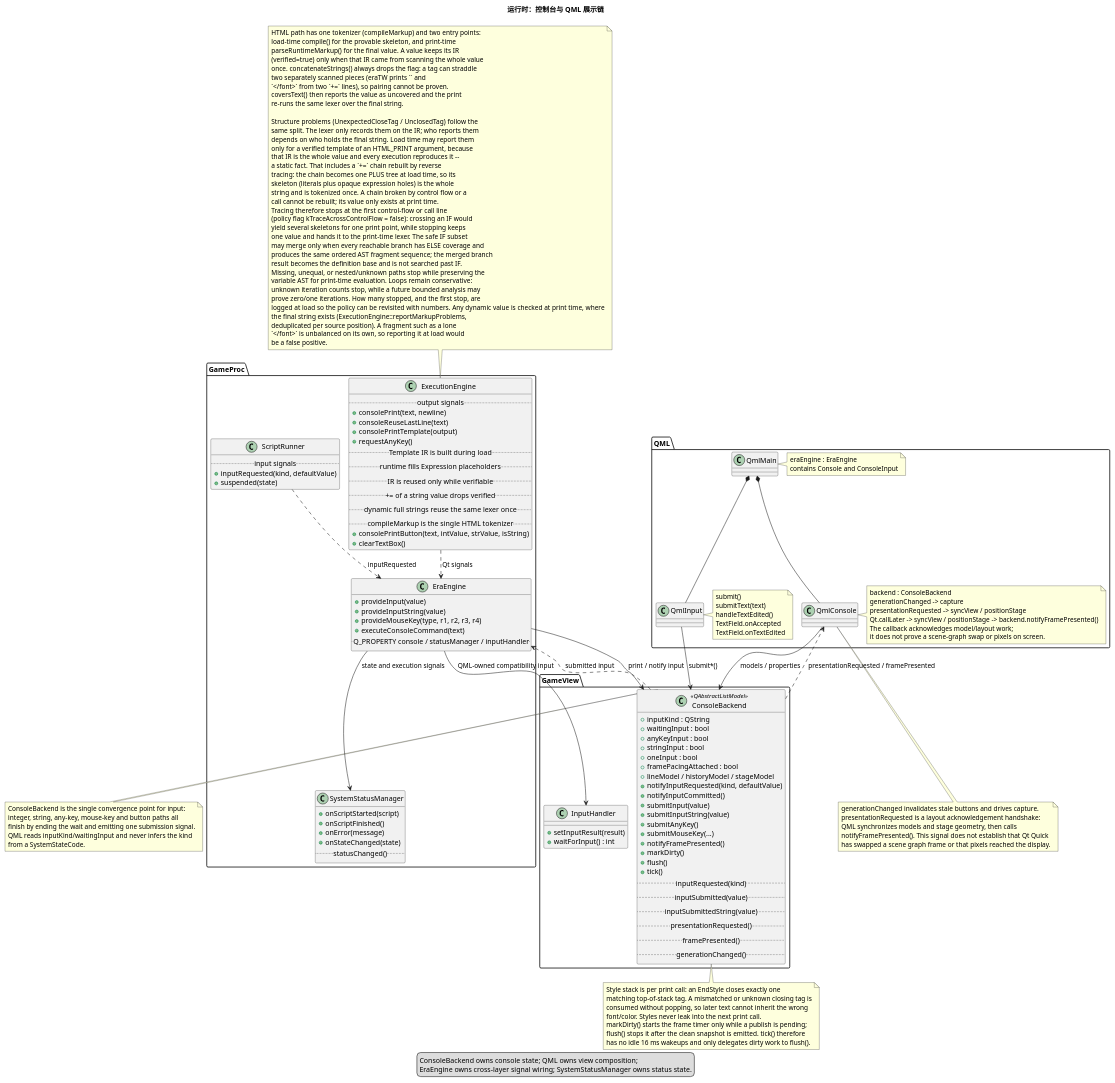
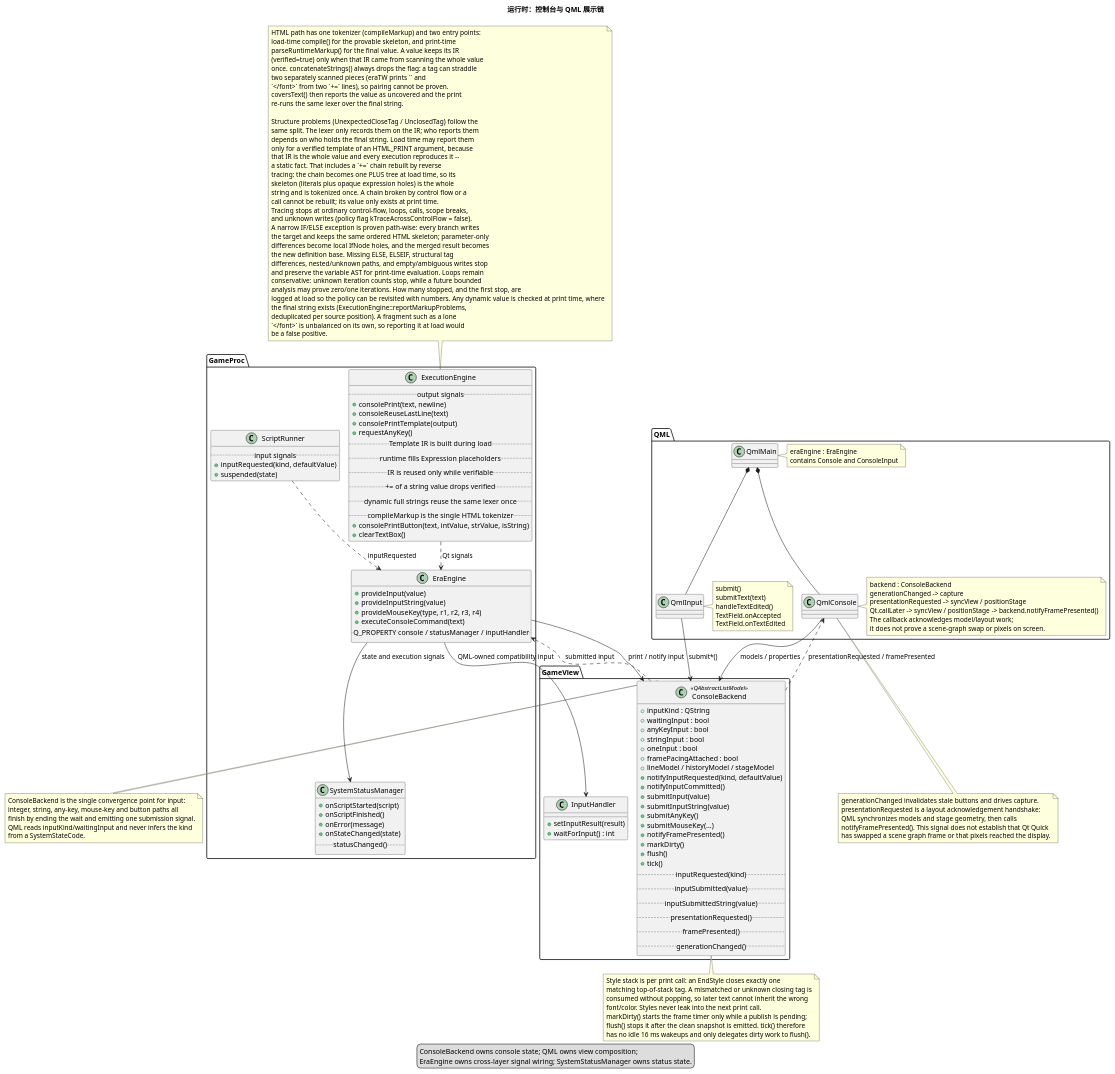
Before and after one commit to yigekuyou/qt-eraemu: the diagram in docs/uml/04-runtime-console-qml.puml, drawn with PlantUML. The commit also changed 2 other files, not shown here.

Commit message:
校正 HTML 反向追踪边界与 UML 表述
审查 b864ba0 后明确反向追踪策略：普通控制流、循环、调用、作用域断点和未知写入停止；仅安全 IF/ELSE 在所有路径写入且 HTML 骨架一致时合流，参数差异作为局部 IfNode，ELSEIF、缺少 ELSE、结构差异和嵌套路径继续运行期解析。同步 UML 04/09 的诊断计数和策略说明。验证全量 CTest 71/71。

```diff
--- a/docs/uml/04-runtime-console-qml.puml
+++ b/docs/uml/04-runtime-console-qml.puml
@@ -1,192 +1,191 @@
 @startuml 04-runtime-console-qml
 !pragma layout smetana
 ' 运行时责任 3/4：输出、输入桥接与 QML 呈现
 ' 来源：eraengine.cpp, GameProc/execution_engine.h, GameView/console_backend.h,
 '       GameView/system_status_manager.h, GameView/input_handler.h, qml/Console.qml,
 '       qml/ConsoleInput.qml
 
 title 运行时：控制台与 QML 展示链
 
 package "GameProc" {
   class ExecutionEngine {
     .. output signals ..
     + consolePrint(text, newline)
     + consoleReuseLastLine(text)
     + consolePrintTemplate(output)
     + requestAnyKey()
     .. Template IR is built during load ..
     .. runtime fills Expression placeholders ..
     .. IR is reused only while verifiable ..
     .. += of a string value drops verified ..
     .. dynamic full strings reuse the same lexer once ..
     .. compileMarkup is the single HTML tokenizer ..
     + consolePrintButton(text, intValue, strValue, isString)
     + clearTextBox()
   }
 
   class ScriptRunner {
     .. input signals ..
     + inputRequested(kind, defaultValue)
     + suspended(state)
   }
 
   class EraEngine {
     + provideInput(value)
     + provideInputString(value)
     + provideMouseKey(type, r1, r2, r3, r4)
     + executeConsoleCommand(text)
     .. Q_PROPERTY console / statusManager / inputHandler ..
   }
 
   class SystemStatusManager {
     + onScriptStarted(script)
     + onScriptFinished()
     + onError(message)
     + onStateChanged(state)
     .. statusChanged() ..
   }
 }
 
 package "GameView" {
   class ConsoleBackend <<QAbstractListModel>> {
     + inputKind : QString
     + waitingInput : bool
     + anyKeyInput : bool
     + stringInput : bool
     + oneInput : bool
     + framePacingAttached : bool
     + lineModel / historyModel / stageModel
     + notifyInputRequested(kind, defaultValue)
     + notifyInputCommitted()
     + submitInput(value)
     + submitInputString(value)
     + submitAnyKey()
     + submitMouseKey(...)
     + notifyFramePresented()
     + markDirty()
     + flush()
     + tick()
     .. inputRequested(kind) ..
     .. inputSubmitted(value) ..
     .. inputSubmittedString(value) ..
     .. presentationRequested() ..
     .. framePresented() ..
     .. generationChanged() ..
   }
 
   class InputHandler {
     + setInputResult(result)
     + waitForInput() : int
   }
 }
 
 package "QML" {
   class QmlConsole
   class QmlInput
   class QmlMain
 
   note right of QmlConsole
     backend : ConsoleBackend
     generationChanged -> capture
     presentationRequested -> syncView / positionStage
     Qt.callLater -> syncView / positionStage -> backend.notifyFramePresented()
     The callback acknowledges model/layout work;
     it does not prove a scene-graph swap or pixels on screen.
   end note
 
   note right of QmlInput
     submit()
     submitText(text)
     handleTextEdited()
     TextField.onAccepted
     TextField.onTextEdited
   end note
 
   note right of QmlMain
     eraEngine : EraEngine
     contains Console and ConsoleInput
   end note
 }
 
 ExecutionEngine ..> EraEngine : Qt signals
 ScriptRunner ..> EraEngine : inputRequested
 EraEngine --> ConsoleBackend : print / notify input
 ConsoleBackend ..> EraEngine : submitted input
 EraEngine --> SystemStatusManager : state and execution signals
 EraEngine --> InputHandler : QML-owned compatibility input
 QmlMain *-- QmlConsole
 QmlMain *-- QmlInput
 QmlConsole --> ConsoleBackend : models / properties
 QmlInput --> ConsoleBackend : submit*()
 ConsoleBackend ..> QmlConsole : presentationRequested / framePresented
 
 note right of ConsoleBackend
   ConsoleBackend is the single convergence point for input:
   integer, string, any-key, mouse-key and button paths all
   finish by ending the wait and emitting one submission signal.
   QML reads inputKind/waitingInput and never infers the kind
   from a SystemStateCode.
 end note
 
 note top of ExecutionEngine
   HTML path has one tokenizer (compileMarkup) and two entry points:
   load-time compile() for the provable skeleton, and print-time
   parseRuntimeMarkup() for the final value. A value keeps its IR
   (verified=true) only when that IR came from scanning the whole value
   once. concatenateStrings() always drops the flag: a tag can straddle
   two separately scanned pieces (eraTW prints `<font ...>` and
   `</font>` from two `+=` lines), so pairing cannot be proven.
   coversText() then reports the value as uncovered and the print
   re-runs the same lexer over the final string.
 
   Structure problems (UnexpectedCloseTag / UnclosedTag) follow the
   same split. The lexer only records them on the IR; who reports them
   depends on who holds the final string. Load time may report them
   only for a verified template of an HTML_PRINT argument, because
   that IR is the whole value and every execution reproduces it --
   a static fact. That includes a `+=` chain rebuilt by reverse
   tracing: the chain becomes one PLUS tree at load time, so its
   skeleton (literals plus opaque expression holes) is the whole
   string and is tokenized once. A chain broken by control flow or a
   call cannot be rebuilt; its value only exists at print time.
-  Tracing therefore stops at the first control-flow or call line
-  (policy flag kTraceAcrossControlFlow = false): crossing an IF would
-  yield several skeletons for one print point, while stopping keeps
-  one value and hands it to the print-time lexer. The safe IF subset
-  may merge only when every reachable branch has ELSE coverage and
-  produces the same ordered AST fragment sequence; the merged branch
-  result becomes the definition base and is not searched past IF.
-  Missing, unequal, or nested/unknown paths stop while preserving the
-  variable AST for print-time evaluation. Loops remain conservative:
-  unknown iteration counts stop, while a future bounded analysis may
-  prove zero/one iterations. How many stopped, and the first stop, are
+  Tracing stops at ordinary control-flow, loops, calls, scope breaks,
+  and unknown writes (policy flag kTraceAcrossControlFlow = false).
+  A narrow IF/ELSE exception is proven path-wise: every branch writes
+  the target and keeps the same ordered HTML skeleton; parameter-only
+  differences become local IfNode holes, and the merged result becomes
+  the new definition base. Missing ELSE, ELSEIF, structural tag
+  differences, nested/unknown paths, and empty/ambiguous writes stop
+  and preserve the variable AST for print-time evaluation. Loops remain
+  conservative: unknown iteration counts stop, while a future bounded
+  analysis may prove zero/one iterations. How many stopped, and the first stop, are
   logged at load so the policy can be revisited with numbers. Any dynamic value is checked at print time, where
   the final string exists (ExecutionEngine::reportMarkupProblems,
   deduplicated per source position). A fragment such as a lone
   `</font>` is unbalanced on its own, so reporting it at load would
   be a false positive.
 end note
 
 note bottom of QmlConsole
   generationChanged invalidates stale buttons and drives capture.
   presentationRequested is a layout acknowledgement handshake:
   QML synchronizes models and stage geometry, then calls
   notifyFramePresented(). This signal does not establish that Qt Quick
   has swapped a scene graph frame or that pixels reached the display.
 end note
 
 note bottom of ConsoleBackend
   Style stack is per print call: an EndStyle closes exactly one
   matching top-of-stack tag. A mismatched or unknown closing tag is
   consumed without popping, so later text cannot inherit the wrong
   font/color. Styles never leak into the next print call.
   markDirty() starts the frame timer only while a publish is pending;
   flush() stops it after the clean snapshot is emitted. tick() therefore
   has no idle 16 ms wakeups and only delegates dirty work to flush().
 end note
 
 legend bottom
   ConsoleBackend owns console state; QML owns view composition;
   EraEngine owns cross-layer signal wiring; SystemStatusManager owns status state.
 endlegend
 @enduml
```
